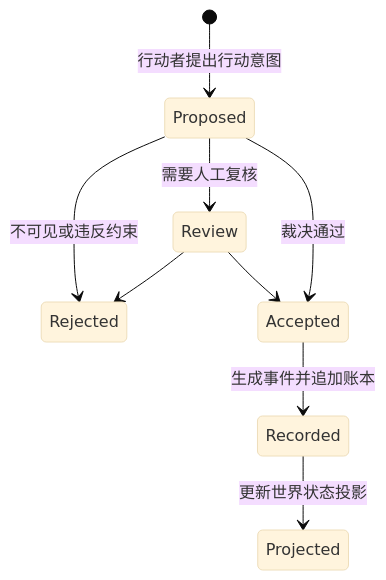
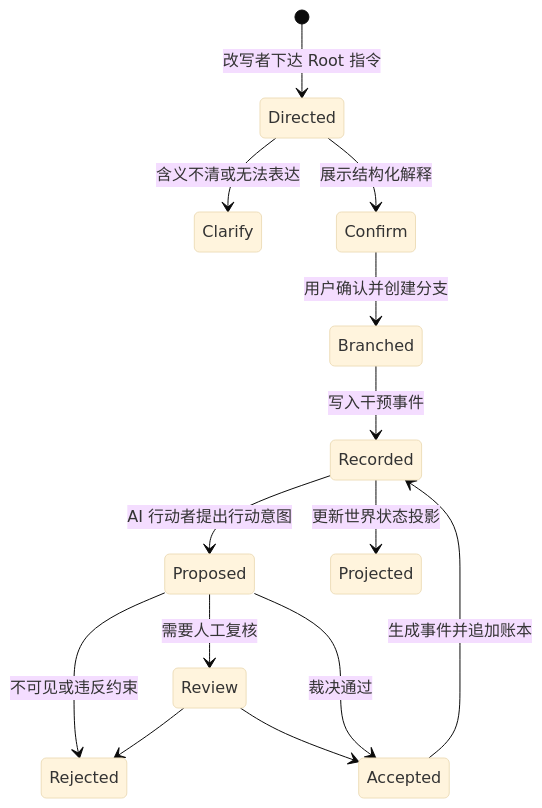
Before and after one commit to daum110715/sandtable: the diagram in docs/world-model.md, drawn with Mermaid (base theme). The commit also changed other lines of this file and 14 other files, not shown here.

````diff
--- a/docs/world-model.md
+++ b/docs/world-model.md
@@ -48,11 +57,16 @@
 ```mermaid
 stateDiagram-v2
-    [*] --> Proposed: 行动者提出行动意图
+    [*] --> Directed: 改写者下达 Root 指令
+    Directed --> Clarify: 含义不清或无法表达
+    Directed --> Confirm: 展示结构化解释
+    Confirm --> Branched: 用户确认并创建分支
+    Branched --> Recorded: 写入干预事件
+    Recorded --> Proposed: AI 行动者提出行动意图
     Proposed --> Rejected: 不可见或违反约束
     Proposed --> Review: 需要人工复核
     Review --> Rejected
     Review --> Accepted
     Proposed --> Accepted: 裁决通过
     Accepted --> Recorded: 生成事件并追加账本
     Recorded --> Projected: 更新世界状态投影
 ```
````
